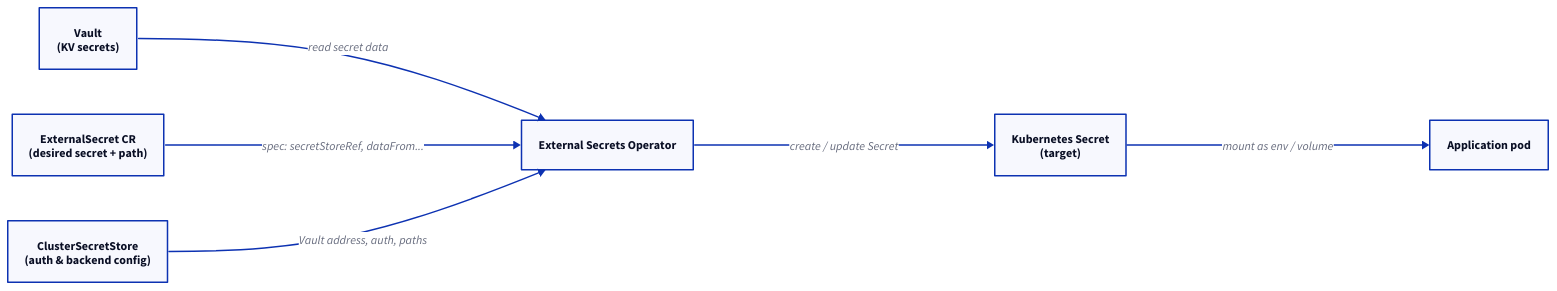
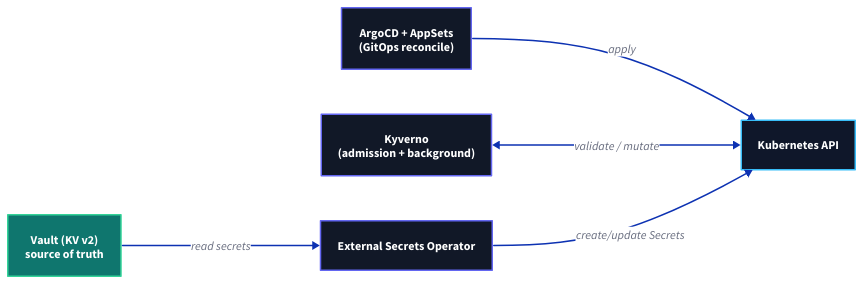
One commit to rou-cru/idp-blueprint changed the first of 2 diagrams in Docs/architecture/visual.md. Above: the diagram before and after it, drawn with D2. The commit also changed other lines of this file and 22 other files, not shown here.

````diff
--- a/Docs/architecture/visual.md
+++ b/Docs/architecture/visual.md
@@ -47,34 +13,18 @@
 ```d2
 direction: right
 
-Vault: {
-  label: "Vault\n(KV secrets)"
-}
+classes: { control: { style.fill: "#111827"; style.stroke: "#6366f1"; style.font-color: white }
+           infra: { style.fill: "#0f172a"; style.stroke: "#38bdf8"; style.font-color: white }
+           data: { style.fill: "#0f766e"; style.stroke: "#34d399"; style.font-color: white } }
 
-ESO: {
-  label: "External Secrets Operator"
-}
+Cluster: { class: infra; label: "Kubernetes API" }
+Argo: { class: control; label: "ArgoCD + AppSets\n(GitOps reconcile)" }
+Kyverno: { class: control; label: "Kyverno\n(admission + background)" }
+ESO: { class: control; label: "External Secrets Operator" }
+Vault: { class: data; label: "Vault (KV v2)\nsource of truth" }
 
-K8S: {
-  label: "Kubernetes Secret\n(target)"
-}
-
-App: {
-  label: "Application pod"
-}
-
-ES: {
-  label: "ExternalSecret CR\n(desired secret + path)"
-}
-
-SS: {
-  label: "ClusterSecretStore\n(auth & backend config)"
-}
-
-Vault -> ESO: "read secret data"
-ESO -> K8S: "create / update Secret"
-K8S -> App: "mount as env / volume"
-
-ES -> ESO: "spec: secretStoreRef, dataFrom..."
-SS -> ESO: "Vault address, auth, paths"
+Argo -> Cluster: "apply"
+Kyverno <-> Cluster: "validate / mutate"
+ESO -> Cluster: "create/update Secrets"
+Vault -> ESO: "read secrets"
 ```
````
